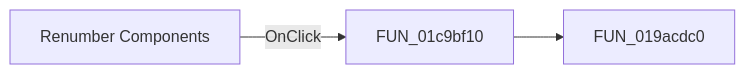
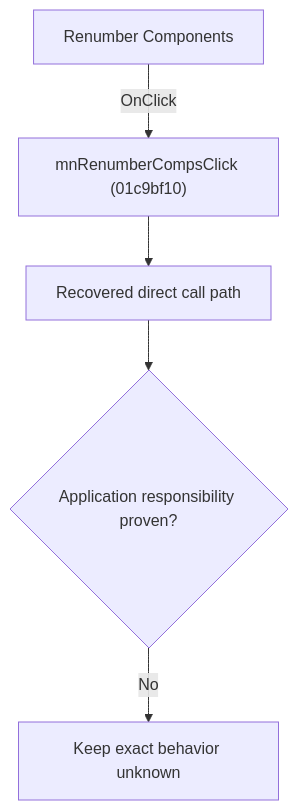
Before and after one commit to MovGP0/TIARA: the diagram in docs/ui-controls/schematiceditor/mnrenumbercomps-232384dd2c.md, drawn with Mermaid. The commit also changed other lines of this file and 1062 other files, not shown here.

````diff
--- a/docs/ui-controls/schematiceditor/mnrenumbercomps-232384dd2c.md
+++ b/docs/ui-controls/schematiceditor/mnrenumbercomps-232384dd2c.md
@@ -27,5 +27,7 @@
 ```mermaid
-flowchart LR
-    control["Renumber Components"] -->|OnClick| handler["FUN_01c9bf10"]
-    handler --> call1["FUN_019acdc0"]
+flowchart TD
+    control["Renumber Components"] -->|"OnClick"| handler["mnRenumberCompsClick (01c9bf10)"]
+    handler --> recovered["Recovered direct call path"]
+    recovered --> gap{"Application responsibility proven?"}
+    gap -->|"No"| blocked["Keep exact behavior unknown"]
 ```
````
